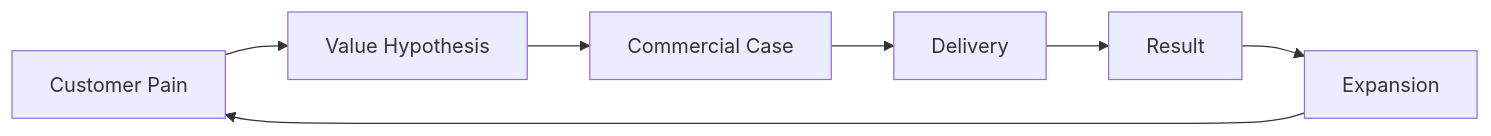
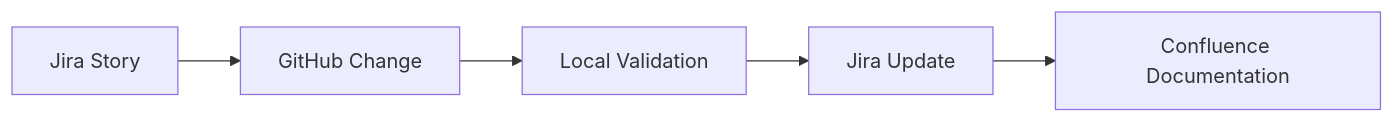
One commit to psilva-git/enterprise-ai-delivery changed the diagram in README.md. Above: the diagram before and after it, drawn with Mermaid. The commit also changed other lines of this file, not shown here.

````diff
--- a/README.md
+++ b/README.md
@@ -183,9 +81,7 @@
 ```mermaid
 flowchart LR
-    P[Customer Pain] --> V[Value Hypothesis]
-    V --> C[Commercial Case]
-    C --> D[Delivery]
-    D --> R[Result]
-    R --> E[Expansion]
-    E --> P
+    J[Jira Story] --> G[GitHub Change]
+    G --> L[Local Validation]
+    L --> JU[Jira Update]
+    JU --> C[Confluence Documentation]
 ```
````
